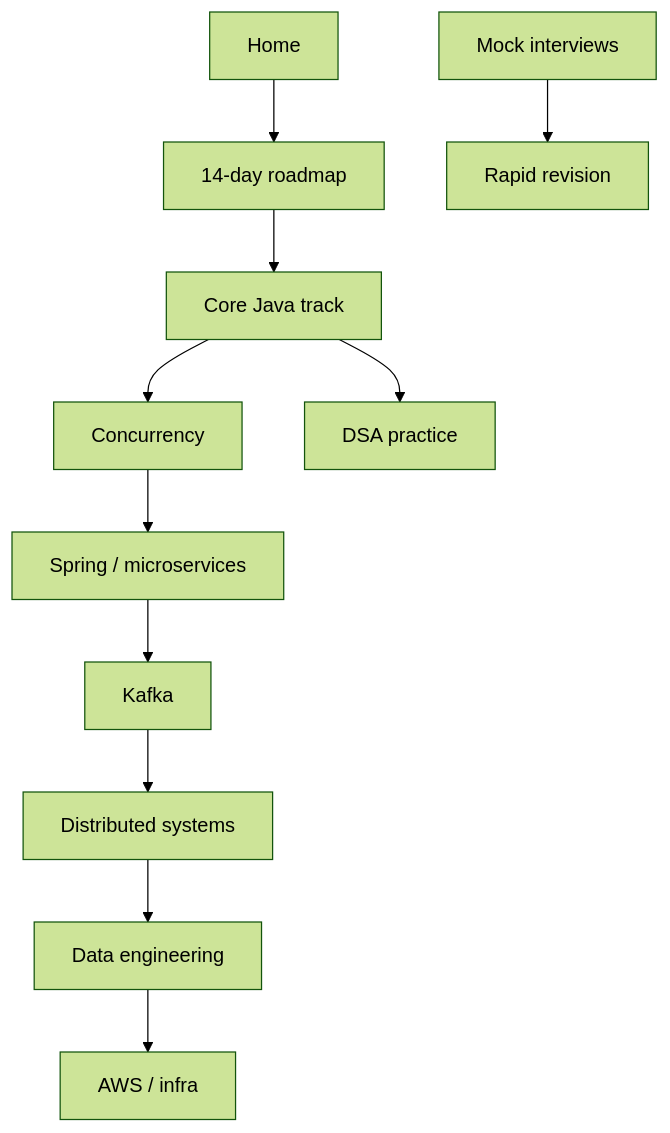
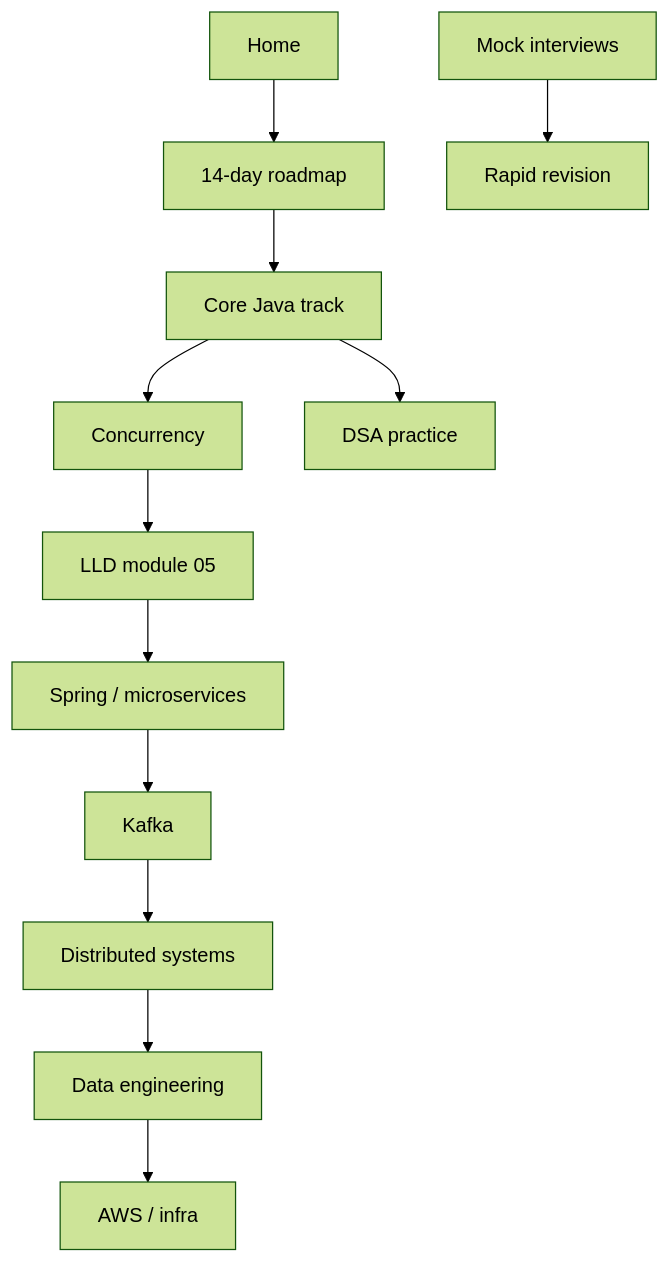
The diagram in docs/index.md (prat1477/senior-engineer-interview-handbook), drawn with Mermaid (forest theme) before and after one commit. The commit also changed other lines of this file and 273 other files, not shown here.

First line of the commit message:
Add handbook docs for Core Java books, concurrency, and LLD module 05.

````diff
--- a/docs/index.md
+++ b/docs/index.md
@@ -28,26 +28,28 @@
 ```mermaid
 flowchart TD
   HOME[Home]
   D14[14-day roadmap]
   JAVA[Core Java track]
   CONC[Concurrency]
+  LLD[LLD module 05]
   SPRING[Spring / microservices]
   KAFKA[Kafka]
   DIST[Distributed systems]
   DATA[Data engineering]
   AWS[AWS / infra]
   DSA[DSA practice]
   MOCK[Mock interviews]
   REV[Rapid revision]
 
   HOME --> D14
   D14 --> JAVA
   JAVA --> CONC
-  CONC --> SPRING
+  CONC --> LLD
+  LLD --> SPRING
   SPRING --> KAFKA
   KAFKA --> DIST
   DIST --> DATA
   DATA --> AWS
   JAVA --> DSA
   MOCK --> REV
 ```
````
